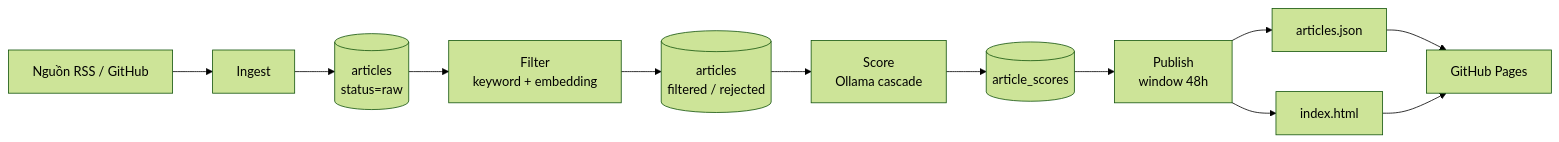
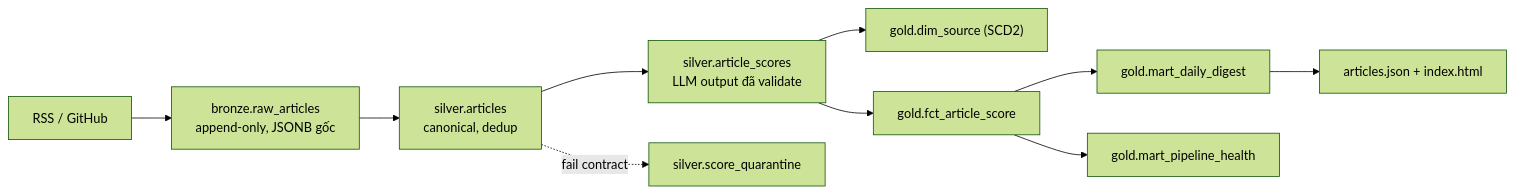
One commit to Quybuno/industry-intel-bot changed the second of 6 diagrams in docs/PRODUCTION_PLAN.md. Above: the diagram before and after it, drawn with Mermaid (forest theme). The commit also changed other lines of this file, not shown here.

````diff
--- a/docs/PRODUCTION_PLAN.md
+++ b/docs/PRODUCTION_PLAN.md
@@ -177,14 +175,12 @@
 ```mermaid
 flowchart LR
-    A["Nguồn RSS / GitHub"] --> B["Ingest"]
-    B --> C[("articles\nstatus=raw")]
-    C --> D["Filter\nkeyword + embedding"]
-    D --> E[("articles\nfiltered / rejected")]
-    E --> F["Score\nOllama cascade"]
-    F --> G[("article_scores")]
-    G --> H["Publish\nwindow 48h"]
-    H --> I["articles.json"]
-    H --> J["index.html"]
-    I --> K["GitHub Pages"]
-    J --> K
+    A["RSS / GitHub"] --> B["bronze.raw_articles<br/>append-only, JSONB gốc"]
+    B --> C["silver.articles<br/>canonical, dedup"]
+    C --> D["silver.article_scores<br/>LLM output đã validate"]
+    C -.->|fail contract| Q["silver.score_quarantine"]
+    D --> E["gold.dim_source (SCD2)"]
+    D --> F["gold.fct_article_score"]
+    F --> G["gold.mart_daily_digest"]
+    F --> H["gold.mart_pipeline_health"]
+    G --> I["articles.json + index.html"]
 ```
````
